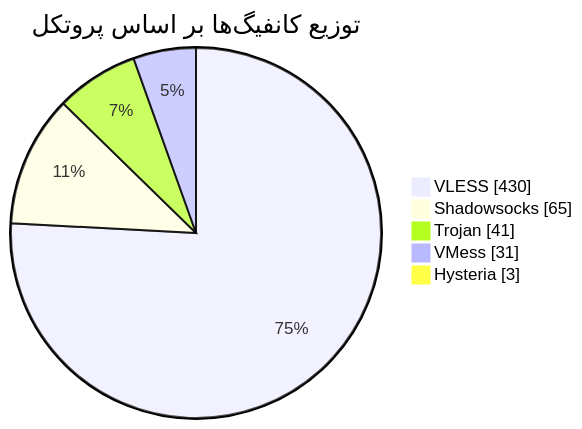
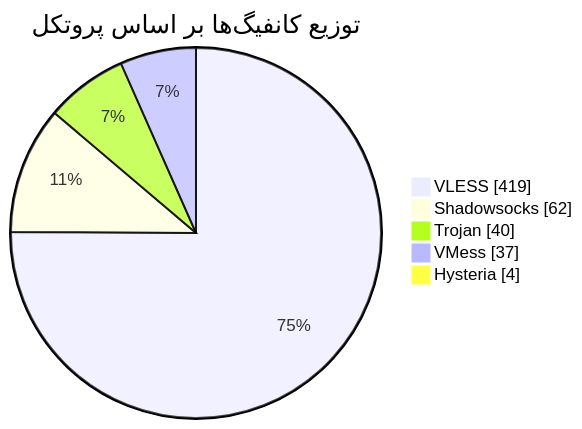
Before and after one commit to Arian-Alijani/Somthing: the diagram in README.md, drawn with Mermaid. The commit also changed other lines of this file and 79 other files, not shown here.

````diff
--- a/README.md
+++ b/README.md
@@ -47,9 +47,9 @@
 ```mermaid
 pie showData
     title توزیع کانفیگ‌ها بر اساس پروتکل
-    "VLESS" : 430
-    "Shadowsocks" : 65
-    "Trojan" : 41
-    "VMess" : 31
-    "Hysteria" : 3
+    "VLESS" : 419
+    "Shadowsocks" : 62
+    "Trojan" : 40
+    "VMess" : 37
+    "Hysteria" : 4
 ```
````
